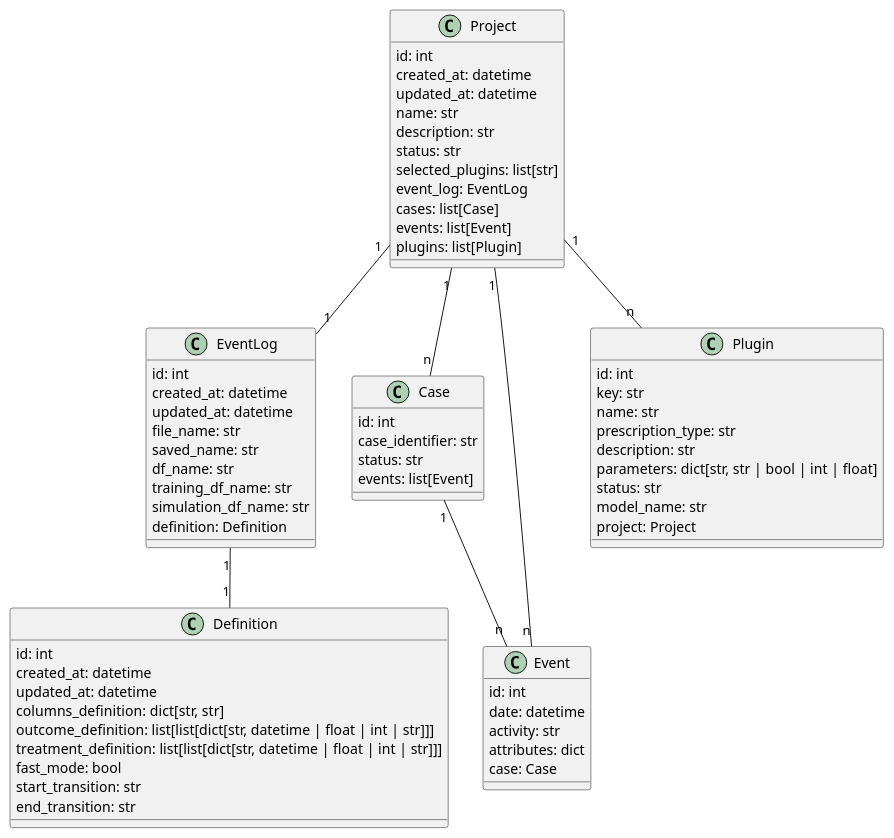
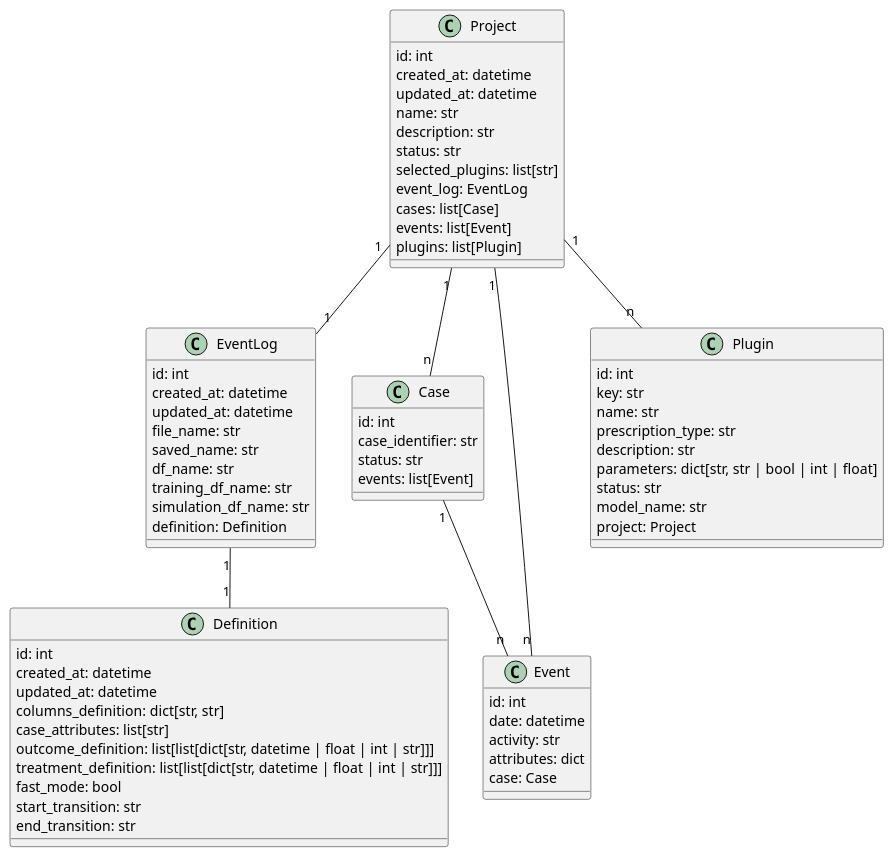
Before and after one commit to prcore/docs: the diagram in content/development/core/images/core-classes.plantuml, drawn with PlantUML. The commit also changed 70 other files, not shown here.

```diff
--- a/content/development/core/images/core-classes.plantuml
+++ b/content/development/core/images/core-classes.plantuml
@@ -1,75 +1,76 @@
 @startuml core-classes
 
 class EventLog {
     id: int
     created_at: datetime
     updated_at: datetime
     file_name: str
     saved_name: str
     df_name: str
     training_df_name: str
     simulation_df_name: str
     definition: Definition
 }
 
 class Definition {
     id: int
     created_at: datetime
     updated_at: datetime
     columns_definition: dict[str, str]
+    case_attributes: list[str]
     outcome_definition: list[list[dict[str, datetime | float | int | str]]]
     treatment_definition: list[list[dict[str, datetime | float | int | str]]]
     fast_mode: bool
     start_transition: str
     end_transition: str
 }
 
 class Project {
     id: int
     created_at: datetime
     updated_at: datetime
     name: str
     description: str
     status: str
     selected_plugins: list[str]
     event_log: EventLog
     cases: list[Case]
     events: list[Event]
     plugins: list[Plugin]
 }
 
 class Case{
     id: int
     case_identifier: str
     status: str
     events: list[Event]
 }
 
 class Event{
     id: int
     date: datetime
     activity: str
     attributes: dict
     case: Case
 }
 
 class Plugin {
     id: int
     key: str
     name: str
     prescription_type: str
     description: str
     parameters: dict[str, str | bool | int | float]
     status: str
     model_name: str
     project: Project
 }
 
 EventLog "1" -- "1" Definition
 Project "1" -- "1" EventLog
 Project "1" -- "n" Case
 Project "1" -- "n" Event
 Case "1" -- "n" Event
 Project "1" -- "n" Plugin
 
 @enduml
```
